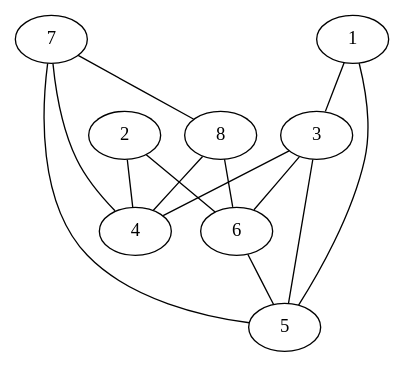
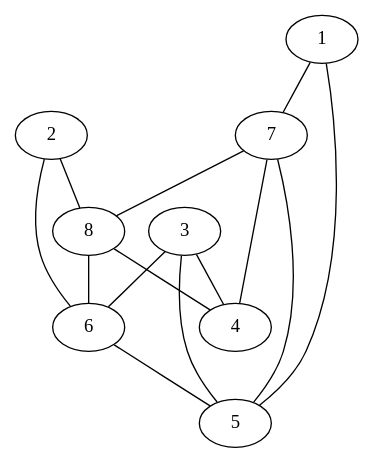
One commit to felixble/htw-ava-ws16-rumor changed the diagram in config/graphElection.dot. Above: the diagram before and after it, drawn with Graphviz. The commit also changed 3 other files, not shown here.

```diff
--- a/config/graphElection.dot
+++ b/config/graphElection.dot
@@ -1,15 +1,15 @@
 graph G {
 3 -- 4;
 3 -- 5;
 3 -- 6;
 7 -- 8;
 7 -- 4;
 7 -- 5;
 8 -- 6;
 8 -- 4;
 6 -- 5;
-1 -- 3;
-2 -- 4;
 1 -- 5;
 2 -- 6;
+1 -- 7;
+2 -- 8;
 }
```
